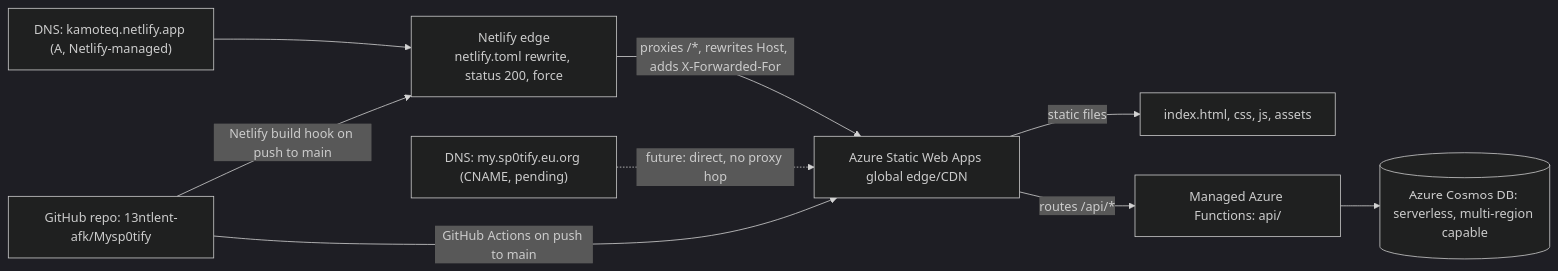
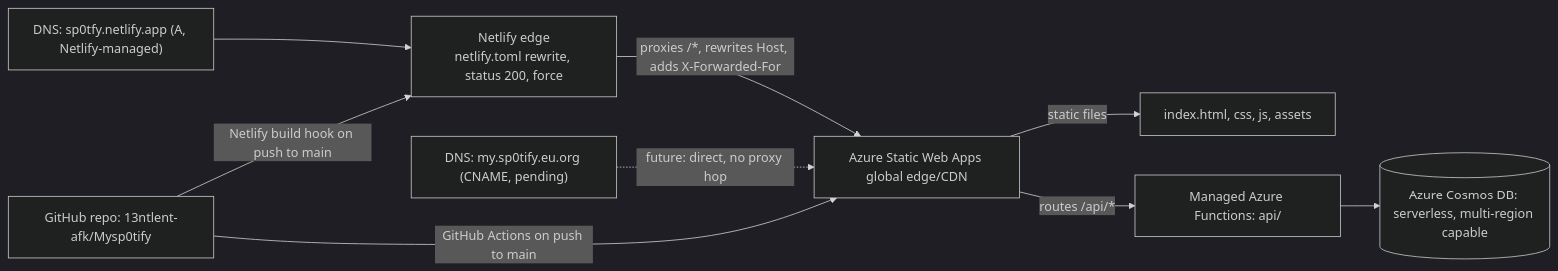
Before and after one commit to 13ntlent-afk/Mysp0tify: the third of 4 diagrams in FQDN_DNS_LAMP_INFRASTRUCTURE.md, drawn with Mermaid (dark theme). The commit also changed other lines of this file and 8 other files, not shown here.

````diff
--- a/FQDN_DNS_LAMP_INFRASTRUCTURE.md
+++ b/FQDN_DNS_LAMP_INFRASTRUCTURE.md
@@ -267,11 +267,11 @@
 ```mermaid
 flowchart LR
-    DNS["DNS: kamoteq.netlify.app (A, Netlify-managed)"] --> NL["Netlify edge<br/>netlify.toml rewrite, status 200, force"]
+    DNS["DNS: sp0tfy.netlify.app (A, Netlify-managed)"] --> NL["Netlify edge<br/>netlify.toml rewrite, status 200, force"]
     NL -->|"proxies /*, rewrites Host, adds X-Forwarded-For"| Edge[Azure Static Web Apps global edge/CDN]
     DNS2["DNS: my.sp0tify.eu.org (CNAME, pending)"] -.->|"future: direct, no proxy hop"| Edge
     Edge -->|static files| Site[index.html, css, js, assets]
     Edge -->|routes /api/*| Functions[Managed Azure Functions: api/]
     Functions --> Cosmos[(Azure Cosmos DB: serverless, multi-region capable)]
     GH[GitHub repo: 13ntlent-afk/Mysp0tify] -->|GitHub Actions on push to main| Edge
     GH -->|Netlify build hook on push to main| NL
 ```
````
